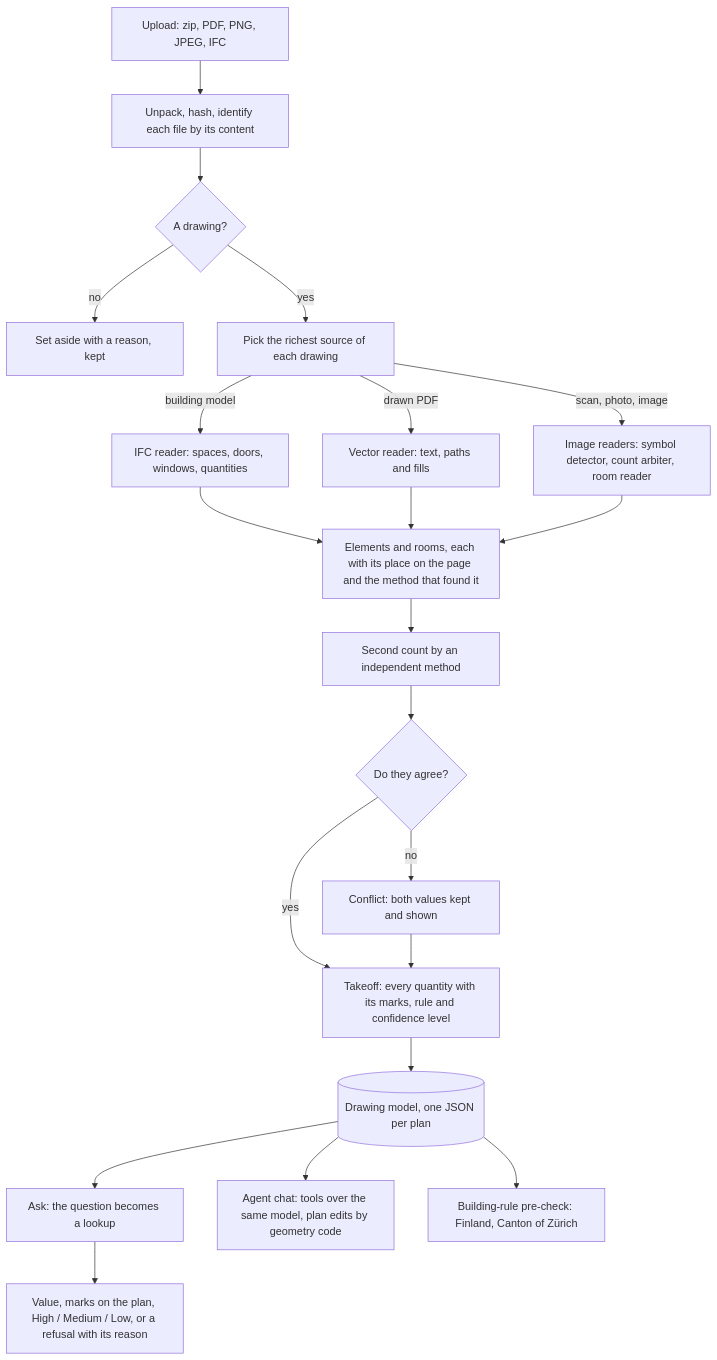
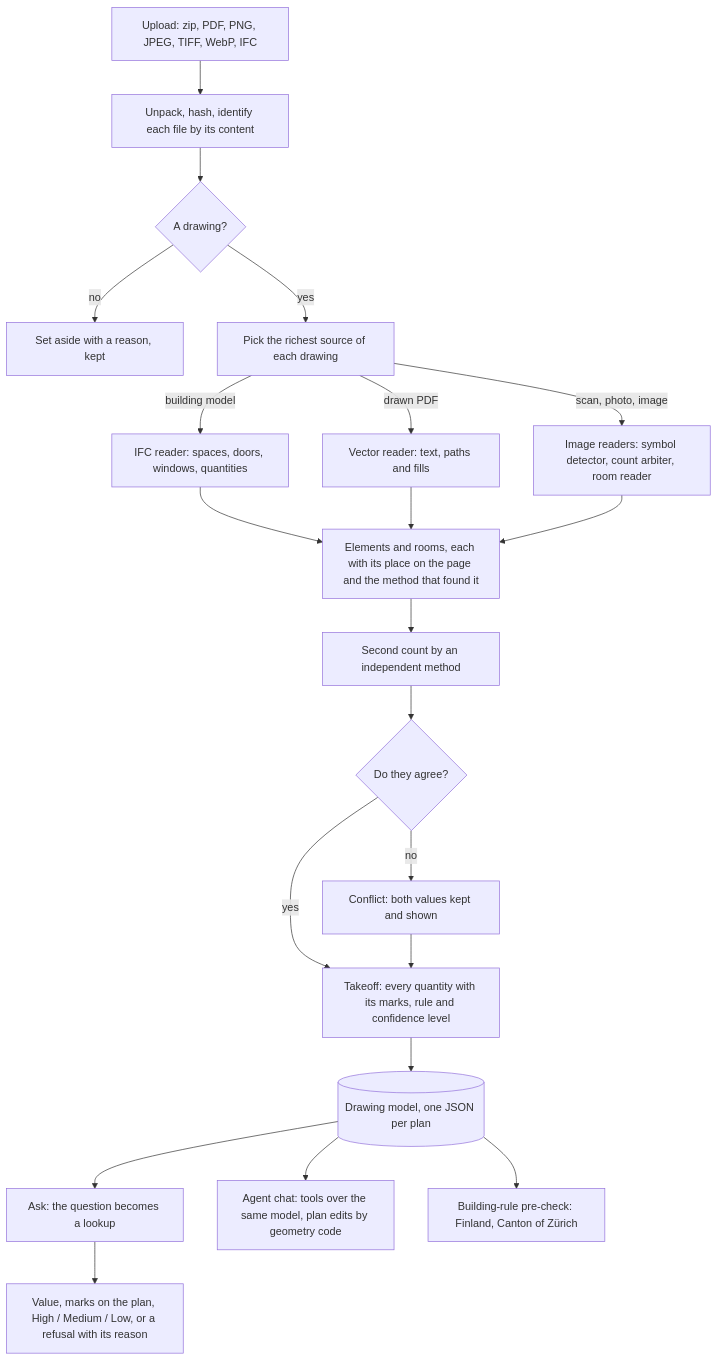
The diagram in README.md (Hour49/Junction26), drawn with Mermaid before and after one commit. The commit also changed 3 other files, not shown here.

Commit message:
TIFF (each page a sheet) and WebP uploads are converted to 8-bit PNG at unpack

````diff
--- a/README.md
+++ b/README.md
@@ -134,23 +134,23 @@
 ```mermaid
 flowchart TD
-    IN["Upload: zip, PDF, PNG, JPEG, IFC"] --> ID["Unpack, hash, identify each file by its content"]
+    IN["Upload: zip, PDF, PNG, JPEG, TIFF, WebP, IFC"] --> ID["Unpack, hash, identify each file by its content"]
     ID --> PLAN{"A drawing?"}
     PLAN -- no --> ASIDE["Set aside with a reason, kept"]
     PLAN -- yes --> ROUTE["Pick the richest source of each drawing"]
     ROUTE -- "building model" --> BIM["IFC reader: spaces, doors, windows, quantities"]
     ROUTE -- "drawn PDF" --> VEC["Vector reader: text, paths and fills"]
     ROUTE -- "scan, photo, image" --> RAS["Image readers: symbol detector, count arbiter, room reader"]
     BIM --> EL["Elements and rooms, each with its place on the page and the method that found it"]
     VEC --> EL
     RAS --> EL
     EL --> SECOND["Second count by an independent method"]
     SECOND --> AGREE{"Do they agree?"}
     AGREE -- no --> CONFLICT["Conflict: both values kept and shown"]
     AGREE -- yes --> TAKEOFF["Takeoff: every quantity with its marks, rule and confidence level"]
     CONFLICT --> TAKEOFF
     TAKEOFF --> MODEL[("Drawing model, one JSON per plan")]
     MODEL --> ASK["Ask: the question becomes a lookup"]
     MODEL --> CHAT["Agent chat: tools over the same model, plan edits by geometry code"]
     MODEL --> RULES["Building-rule pre-check: Finland, Canton of Zürich"]
     ASK --> ANSWER["Value, marks on the plan, High / Medium / Low, or a refusal with its reason"]
 ```
````
